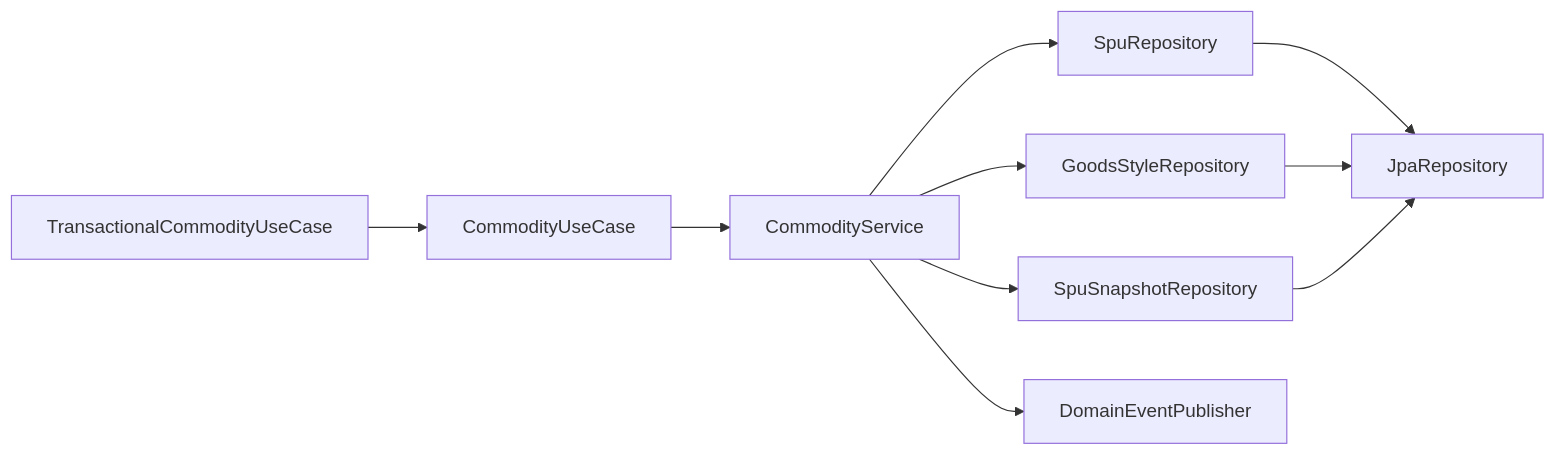
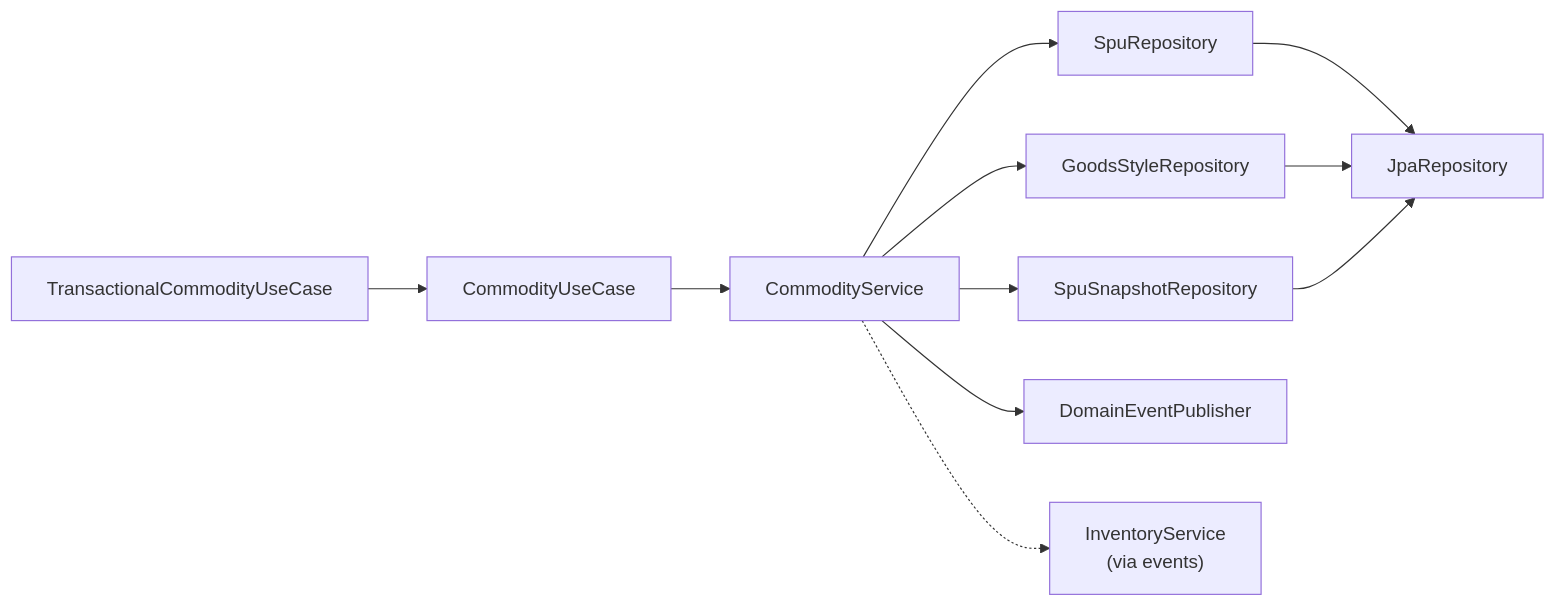
One commit to ddd-mall/j-store changed the sixth of 6 diagrams in .qoder/repowiki/en/content/Goods Catalog Module/Commodity Service Layer/Commodity Service Layer.md. Above: the diagram before and after it, drawn with Mermaid. The commit also changed other lines of this file and 334 other files, not shown here.

````diff
--- a/.qoder/repowiki/en/content/Goods Catalog Module/Commodity Service Layer/Commodity Service Layer.md
+++ b/.qoder/repowiki/en/content/Goods Catalog Module/Commodity Service Layer/Commodity Service Layer.md
@@ -288,12 +321,13 @@
 ```mermaid
 graph LR
 TX["TransactionalCommodityUseCase"] --> UC["CommodityUseCase"]
 UC --> SVC["CommodityService"]
 SVC --> SRepo["SpuRepository"]
 SVC --> GRepo["GoodsStyleRepository"]
 SVC --> SnapRepo["SpuSnapshotRepository"]
 SVC --> Pub["DomainEventPublisher"]
 SRepo --> JPA["JpaRepository"]
 GRepo --> JPA
 SnapRepo --> JPA
+SVC -.-> INV["InventoryService<br/>(via events)"]
 ```
````
